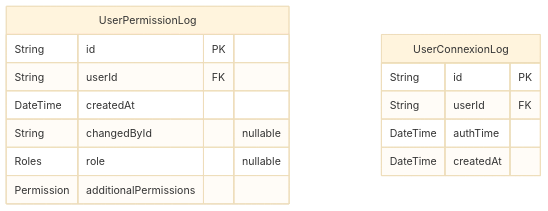
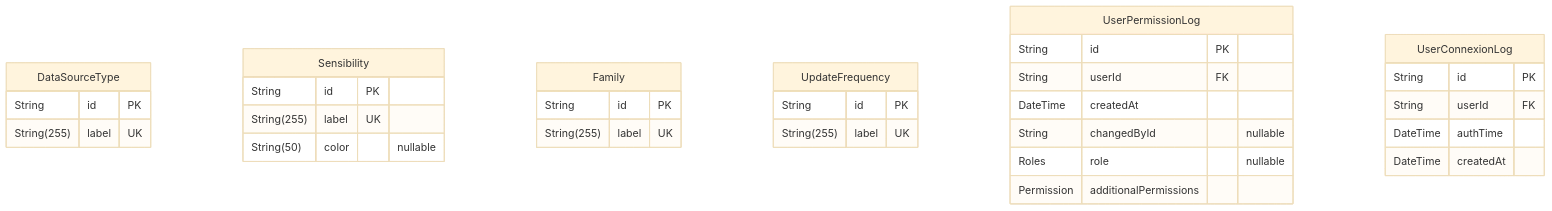
One commit to dnum-mi/referentiel-applications changed diagram 13 of 13 in backend/prisma/docs/schema.md. Above: the diagram before and after it, drawn with Mermaid (base theme). The commit also changed other lines of this file and 29 other files, not shown here.

Commit message:
feat: :sparkles: add dataSource table, fakers and endpoints

````diff
--- a/backend/prisma/docs/schema.md
+++ b/backend/prisma/docs/schema.md
@@ -777,17 +829,34 @@
 ```mermaid
 erDiagram
+"DataSourceType" {
+  String id PK
+  String(255) label UK
+}
+"Sensibility" {
+  String id PK
+  String(255) label UK
+  String(50) color "nullable"
+}
+"Family" {
+  String id PK
+  String(255) label UK
+}
+"UpdateFrequency" {
+  String id PK
+  String(255) label UK
+}
 "UserPermissionLog" {
   String id PK
   String userId FK
   DateTime createdAt
   String changedById "nullable"
   Roles role "nullable"
   Permission additionalPermissions
 }
 "UserConnexionLog" {
   String id PK
   String userId FK
   DateTime authTime
   DateTime createdAt
 }
 ```
````
